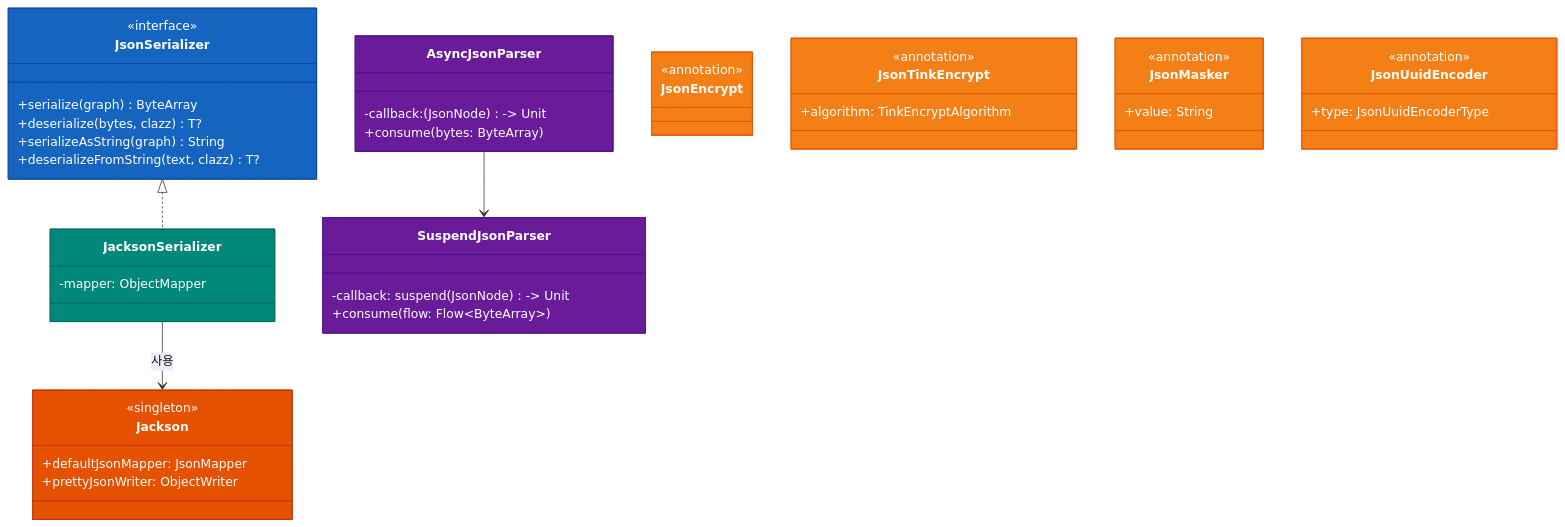
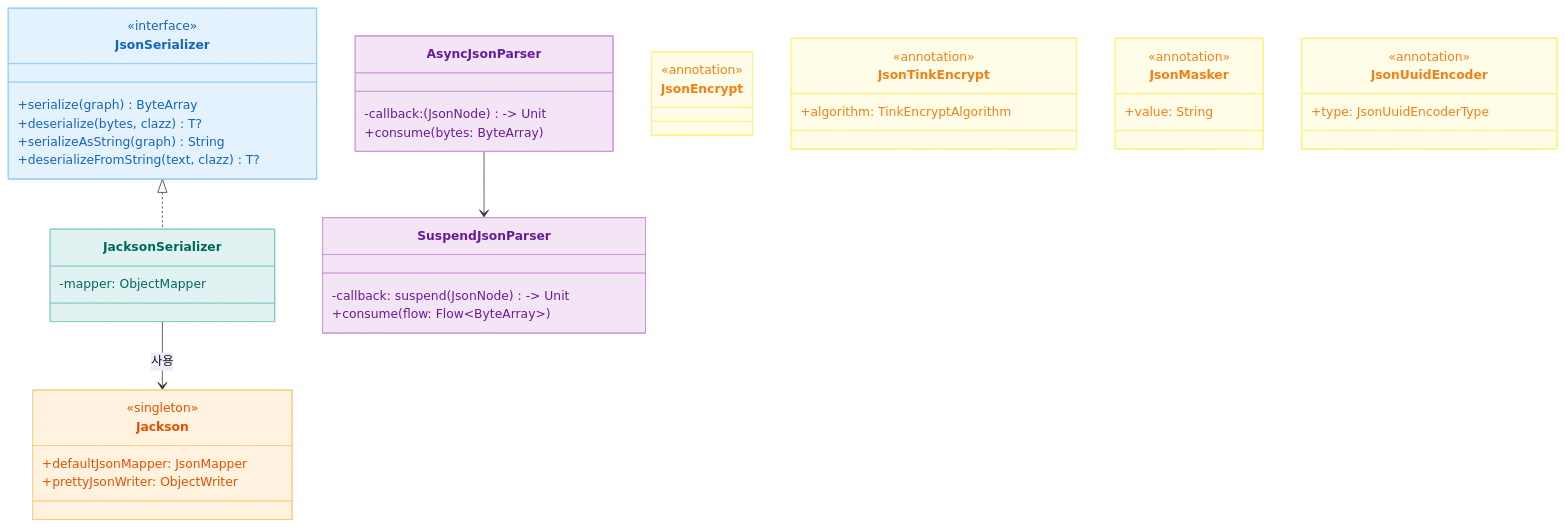
The first of 3 diagrams in io/jackson2/README.ko.md (bluetape4k/bluetape4k-projects), drawn with Mermaid before and after one commit. The commit also changed other lines of this file and 219 other files, not shown here.

First line of the commit message:
docs: 전체 README Mermaid 다이어그램 가이드 적용

````diff
--- a/io/jackson2/README.ko.md
+++ b/io/jackson2/README.ko.md
@@ -297,63 +297,63 @@
 ```mermaid
 classDiagram
     class JsonSerializer {
         <<interface>>
         +serialize(graph) ByteArray
         +deserialize(bytes, clazz) T?
         +serializeAsString(graph) String
         +deserializeFromString(text, clazz) T?
     }
 
     class JacksonSerializer {
         -mapper: ObjectMapper
     }
 
     class Jackson {
         <<singleton>>
         +defaultJsonMapper: JsonMapper
         +prettyJsonWriter: ObjectWriter
     }
 
     class AsyncJsonParser {
         -callback: (JsonNode) -> Unit
         +consume(bytes: ByteArray)
     }
 
     class SuspendJsonParser {
         -callback: suspend (JsonNode) -> Unit
         +consume(flow: Flow~ByteArray~)
     }
 
     class JsonEncrypt {
         <<annotation>>
     }
 
     class JsonTinkEncrypt {
         <<annotation>>
         +algorithm: TinkEncryptAlgorithm
     }
 
     class JsonMasker {
         <<annotation>>
         +value: String
     }
 
     class JsonUuidEncoder {
         <<annotation>>
         +type: JsonUuidEncoderType
     }
 
     JsonSerializer <|.. JacksonSerializer
     JacksonSerializer --> Jackson : 사용
     AsyncJsonParser --> SuspendJsonParser
 
-    style JsonSerializer fill:#1565C0,stroke:#0D47A1,color:#FFFFFF
-    style JacksonSerializer fill:#00897B,stroke:#00695C,color:#FFFFFF
-    style Jackson fill:#E65100,stroke:#BF360C,color:#FFFFFF
-    style AsyncJsonParser fill:#6A1B9A,stroke:#4A148C,color:#FFFFFF
-    style SuspendJsonParser fill:#6A1B9A,stroke:#4A148C,color:#FFFFFF
-    style JsonEncrypt fill:#F57F17,stroke:#E65100,color:#FFFFFF
-    style JsonTinkEncrypt fill:#F57F17,stroke:#E65100,color:#FFFFFF
-    style JsonMasker fill:#F57F17,stroke:#E65100,color:#FFFFFF
-    style JsonUuidEncoder fill:#F57F17,stroke:#E65100,color:#FFFFFF
+    style JsonSerializer fill:#E3F2FD,stroke:#90CAF9,color:#1565C0
+    style JacksonSerializer fill:#E0F2F1,stroke:#80CBC4,color:#00695C
+    style Jackson fill:#FFF3E0,stroke:#FFCC80,color:#E65100
+    style AsyncJsonParser fill:#F3E5F5,stroke:#CE93D8,color:#6A1B9A
+    style SuspendJsonParser fill:#F3E5F5,stroke:#CE93D8,color:#6A1B9A
+    style JsonEncrypt fill:#FFFDE7,stroke:#FFF176,color:#F57F17
+    style JsonTinkEncrypt fill:#FFFDE7,stroke:#FFF176,color:#F57F17
+    style JsonMasker fill:#FFFDE7,stroke:#FFF176,color:#F57F17
+    style JsonUuidEncoder fill:#FFFDE7,stroke:#FFF176,color:#F57F17
 ```
````
